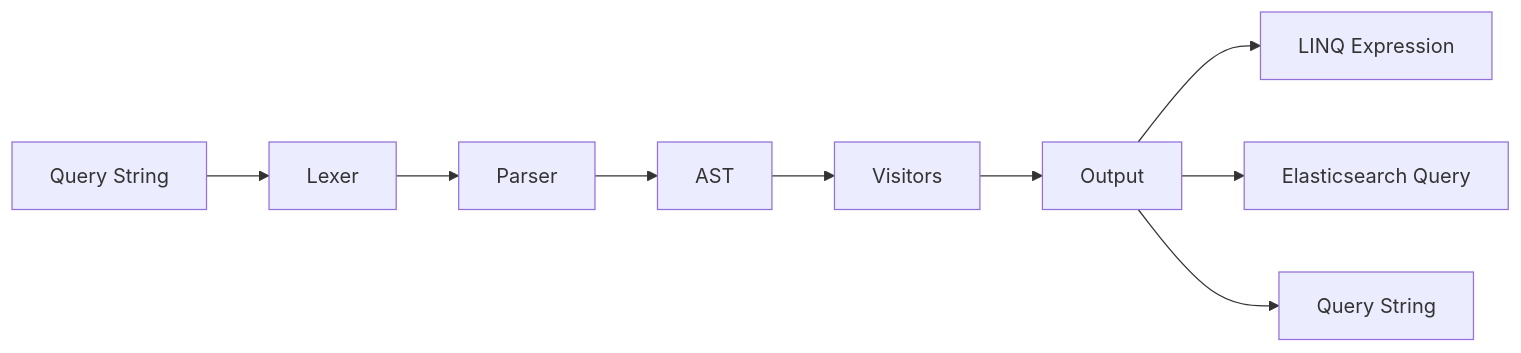
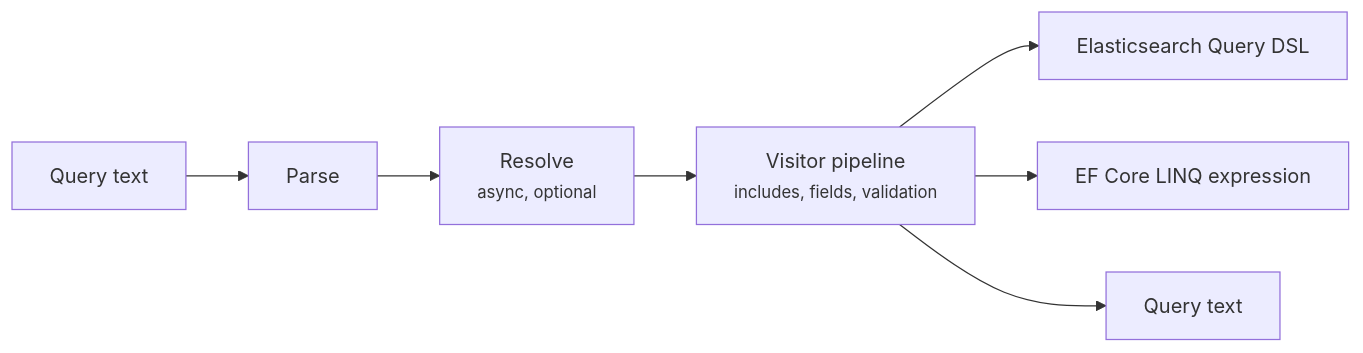
Before and after one commit to FoundatioFx/Foundatio.Lucene: the diagram in docs/guide/what-is-foundatio-lucene.md, drawn with Mermaid. The commit also changed other lines of this file and 5 other files, not shown here.

````diff
--- a/docs/guide/what-is-foundatio-lucene.md
+++ b/docs/guide/what-is-foundatio-lucene.md
@@ -15,11 +13,9 @@
 ```mermaid
 graph LR
-    A[Query String] --> B[Lexer]
-    B --> C[Parser]
-    C --> D[AST]
-    D --> E[Visitors]
-    E --> F[Output]
-    F --> G[LINQ Expression]
-    F --> H[Elasticsearch Query]
-    F --> I[Query String]
+    A[Query text] --> B[Parse]
+    B --> C[Resolve<br/><small>async, optional</small>]
+    C --> D[Visitor pipeline<br/><small>includes, fields, validation</small>]
+    D --> E[Elasticsearch Query DSL]
+    D --> F[EF Core LINQ expression]
+    D --> G[Query text]
 ```
````
